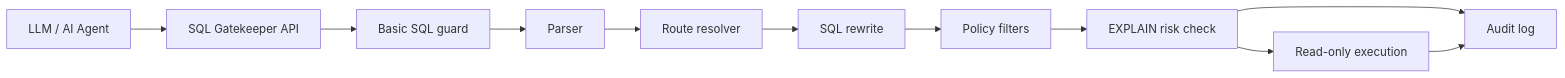
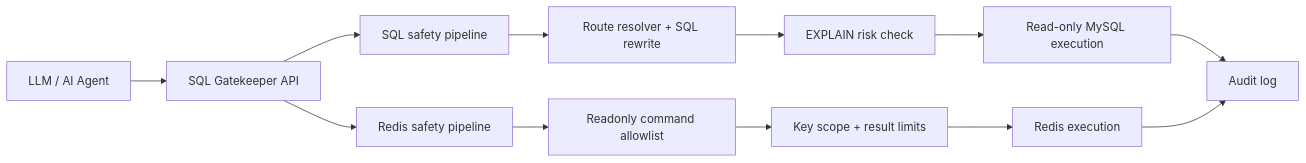
One commit to TheCactuslxf/sql-gatekeeper changed the diagram in README.md. Above: the diagram before and after it, drawn with Mermaid. The commit also changed other lines of this file and 22 other files, not shown here.

````diff
--- a/README.md
+++ b/README.md
@@ -13,13 +13,14 @@
 ```mermaid
 flowchart LR
     A["LLM / AI Agent"] --> B["SQL Gatekeeper API"]
-    B --> C["Basic SQL guard"]
-    C --> D["Parser"]
-    D --> E["Route resolver"]
-    E --> F["SQL rewrite"]
-    F --> G["Policy filters"]
-    G --> H["EXPLAIN risk check"]
-    H --> I["Read-only execution"]
-    H --> J["Audit log"]
-    I --> J
+    B --> C["SQL safety pipeline"]
+    B --> D["Redis safety pipeline"]
+    C --> E["Route resolver + SQL rewrite"]
+    E --> F["EXPLAIN risk check"]
+    F --> G["Read-only MySQL execution"]
+    D --> H["Readonly command allowlist"]
+    H --> I["Key scope + result limits"]
+    I --> J["Redis execution"]
+    G --> K["Audit log"]
+    J --> K
 ```
````
